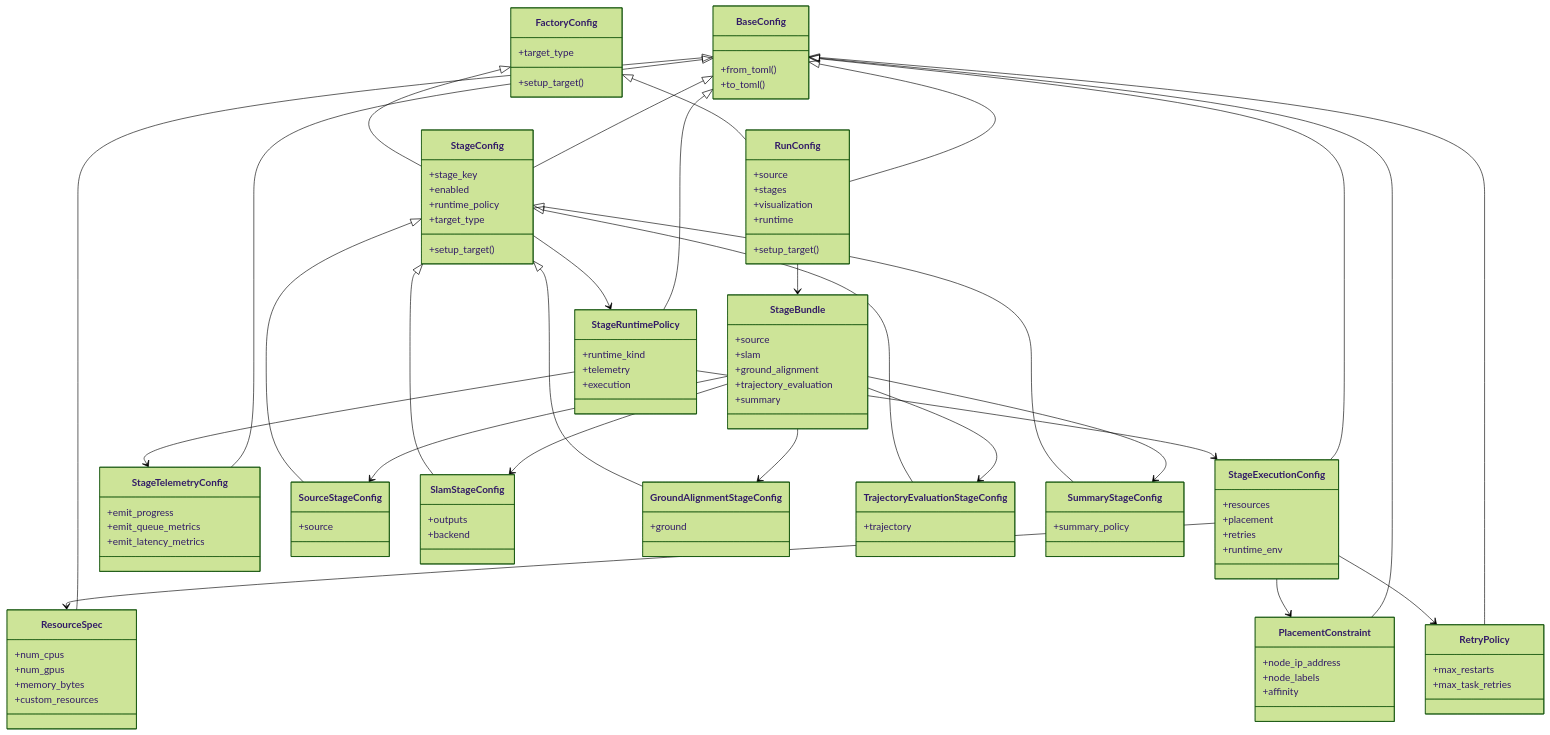
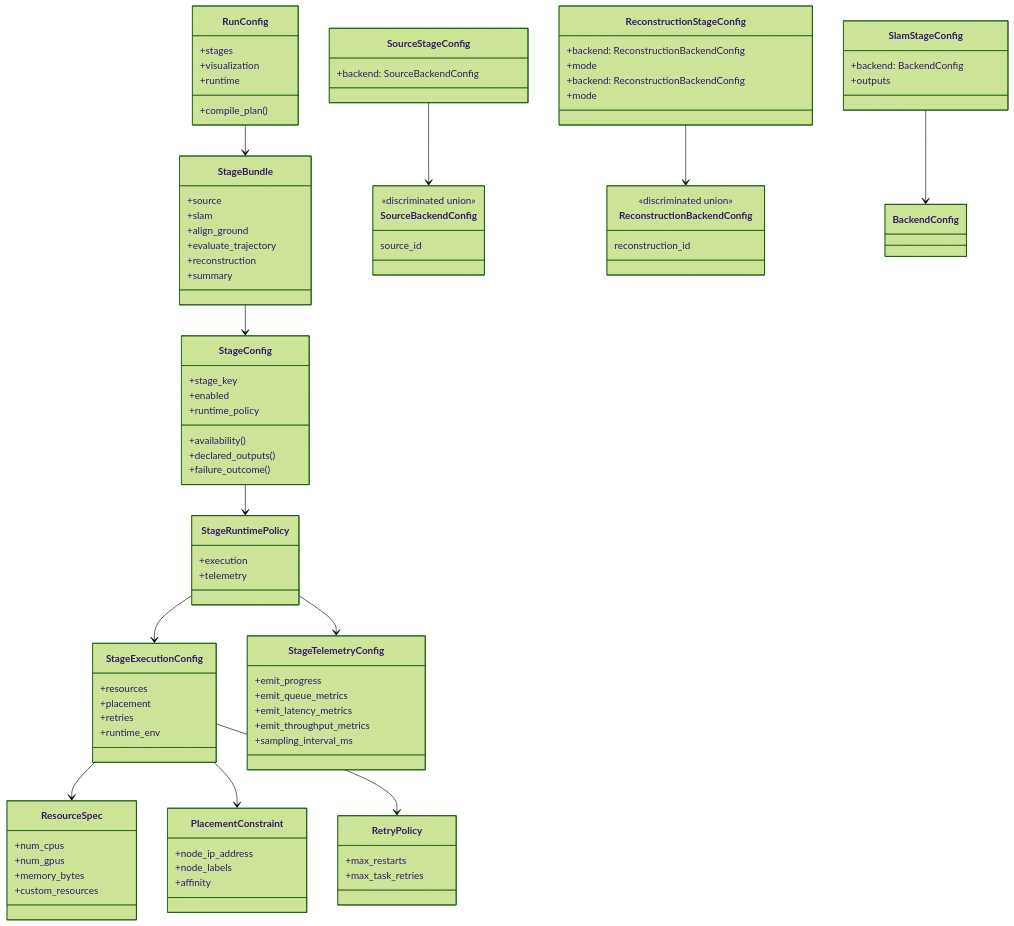
Before and after one commit to JanDuchscherer104/prml-vslam: the fourth of 13 diagrams in docs/architecture/pipeline-stage-refactor-target.md, drawn with Mermaid (forest theme). The commit also changed other lines of this file and 1 other file, not shown here.

Commit message:
docs: update refactor plan

````diff
--- a/docs/architecture/pipeline-stage-refactor-target.md
+++ b/docs/architecture/pipeline-stage-refactor-target.md
@@ -354,29 +369,69 @@
 ```mermaid
 classDiagram
-    class BaseConfig {
-        +from_toml()
-        +to_toml()
-    }
-
-    class FactoryConfig {
-        +target_type
-        +setup_target()
-    }
-
     class RunConfig {
-        +source
         +stages
         +visualization
         +runtime
-        +setup_target()
+        +compile_plan()
     }
 
     class StageBundle {
         +source
         +slam
-        +ground_alignment
-        +trajectory_evaluation
+        +align_ground
+        +evaluate_trajectory
+        +reconstruction
         +summary
+    }
+
+    class StageConfig {
+        +stage_key
+        +enabled
+        +runtime_policy
+        +availability()
+        +declared_outputs()
+        +failure_outcome()
+    }
+
+    class SourceStageConfig {
+        +backend: SourceBackendConfig
+    }
+
+    class ReconstructionStageConfig {
+        +backend: ReconstructionBackendConfig
+        +mode
+    }
+
+    class SourceBackendConfig {
+        <<discriminated union>>
+        source_id
+    }
+
+    class ReconstructionBackendConfig {
+        <<discriminated union>>
+        reconstruction_id
+    }
+
+    class SlamStageConfig {
+        +backend: BackendConfig
+        +outputs
+    }
+
+    class ReconstructionStageConfig {
+        +backend: ReconstructionBackendConfig
+        +mode
+    }
+
+    class StageRuntimePolicy {
+        +execution
+        +telemetry
+    }
+
+    class StageExecutionConfig {
+        +resources
+        +placement
+        +retries
+        +runtime_env
     }
 
     class ResourceSpec {
@@ -397,79 +452,23 @@
         +max_task_retries
     }
 
-    class StageExecutionConfig {
-        +resources
-        +placement
-        +retries
-        +runtime_env
-    }
-
-    class StageRuntimePolicy {
-        +runtime_kind
-        +telemetry
-        +execution
-    }
-
     class StageTelemetryConfig {
         +emit_progress
         +emit_queue_metrics
         +emit_latency_metrics
+        +emit_throughput_metrics
+        +sampling_interval_ms
     }
 
-    class StageConfig {
-        +stage_key
-        +enabled
-        +runtime_policy
-        +target_type
-        +setup_target()
-    }
-
-    class SourceStageConfig {
-        +source
-    }
-
-    class SlamStageConfig {
-        +outputs
-        +backend
-    }
-
-    class GroundAlignmentStageConfig {
-        +ground
-    }
-
-    class TrajectoryEvaluationStageConfig {
-        +trajectory
-    }
-
-    class SummaryStageConfig {
-        +summary_policy
-    }
-
-    BaseConfig <|-- RunConfig
-    FactoryConfig <|-- RunConfig
     RunConfig --> StageBundle
-    StageBundle --> SourceStageConfig
-    StageBundle --> SlamStageConfig
-    StageBundle --> GroundAlignmentStageConfig
-    StageBundle --> TrajectoryEvaluationStageConfig
-    StageBundle --> SummaryStageConfig
-    BaseConfig <|-- ResourceSpec
-    BaseConfig <|-- PlacementConstraint
-    BaseConfig <|-- RetryPolicy
-    BaseConfig <|-- StageExecutionConfig
-    BaseConfig <|-- StageRuntimePolicy
-    BaseConfig <|-- StageTelemetryConfig
-    BaseConfig <|-- StageConfig
-    FactoryConfig <|-- StageConfig
-    StageConfig <|-- SourceStageConfig
-    StageConfig <|-- SlamStageConfig
-    StageConfig <|-- GroundAlignmentStageConfig
-    StageConfig <|-- TrajectoryEvaluationStageConfig
-    StageConfig <|-- SummaryStageConfig
+    StageBundle --> StageConfig
     StageConfig --> StageRuntimePolicy
     StageRuntimePolicy --> StageExecutionConfig
     StageRuntimePolicy --> StageTelemetryConfig
     StageExecutionConfig --> ResourceSpec
     StageExecutionConfig --> PlacementConstraint
     StageExecutionConfig --> RetryPolicy
+    SourceStageConfig --> SourceBackendConfig
+    SlamStageConfig --> BackendConfig
+    ReconstructionStageConfig --> ReconstructionBackendConfig
 ```
````
